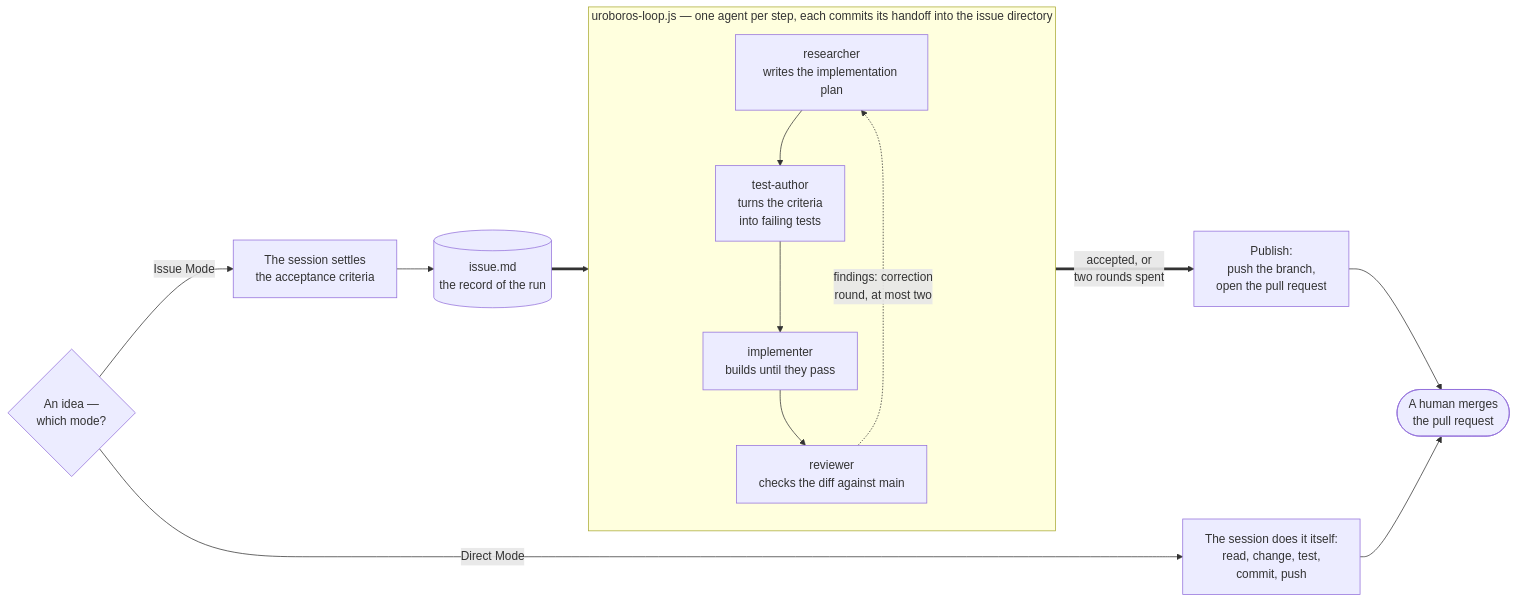
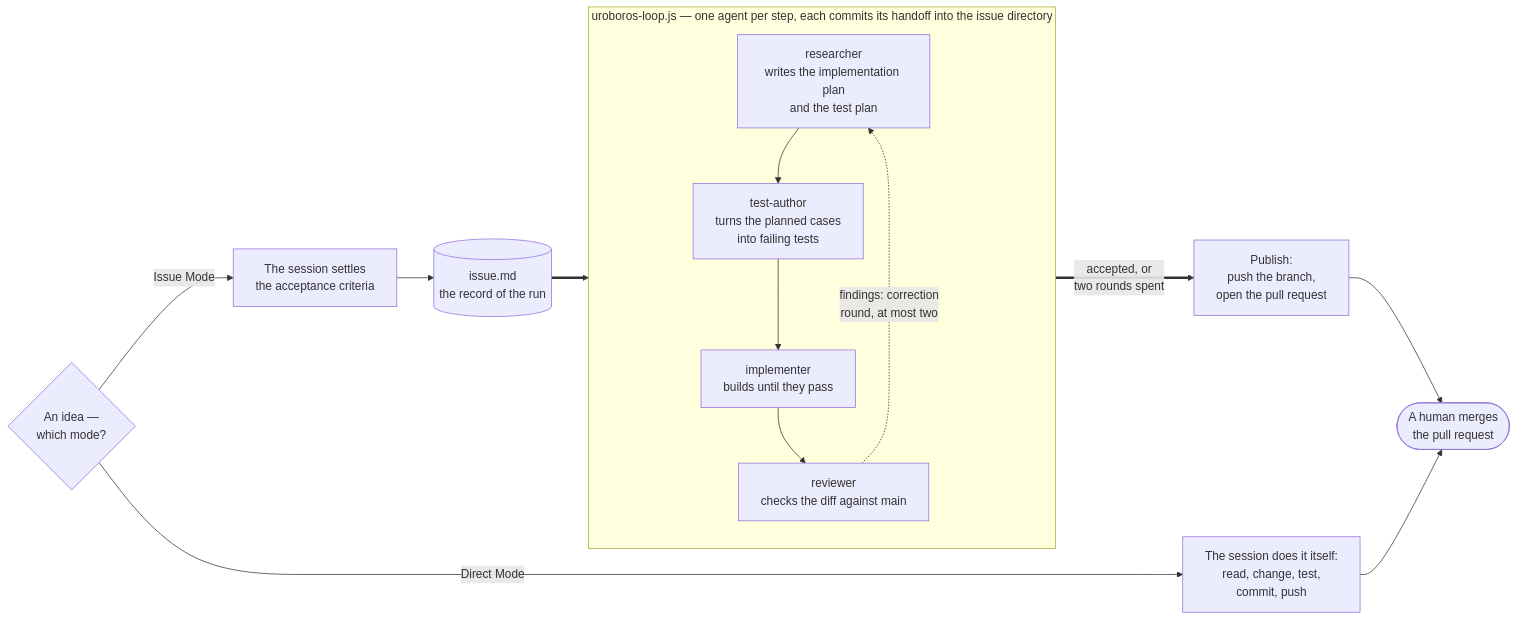
Before and after one commit to artkoenig/athena: the diagram in README.md, drawn with Mermaid. The commit also changed other lines of this file and 5 other files, not shown here.

````diff
--- a/README.md
+++ b/README.md
@@ -26,22 +26,22 @@
 ```mermaid
 flowchart LR
     MODE{"An idea —<br/>which mode?"}
     MODE -->|"Direct Mode"| DIRECT["The session does it itself:<br/>read, change, test,<br/>commit, push"]
     MODE -->|"Issue Mode"| CRIT["The session settles<br/>the acceptance criteria"]
     CRIT --> ISSUE[("issue.md<br/>the record of the run")]
     ISSUE ==> RES
 
     subgraph LOOP["uroboros-loop.js — one agent per step, each commits its handoff into the issue directory"]
         direction TB
-        RES["researcher<br/>writes the implementation plan"]
-        TEST["test-author<br/>turns the criteria<br/>into failing tests"]
+        RES["researcher<br/>writes the implementation plan<br/>and the test plan"]
+        TEST["test-author<br/>turns the planned cases<br/>into failing tests"]
         IMPL["implementer<br/>builds until they pass"]
         REV["reviewer<br/>checks the diff against main"]
         RES --> TEST --> IMPL --> REV
         REV -.->|"findings: correction<br/>round, at most two"| RES
     end
 
     REV ==>|"accepted, or<br/>two rounds spent"| PUB["Publish:<br/>push the branch,<br/>open the pull request"]
     PUB --> MERGE(["A human merges<br/>the pull request"])
     DIRECT --> MERGE
 ```
````
